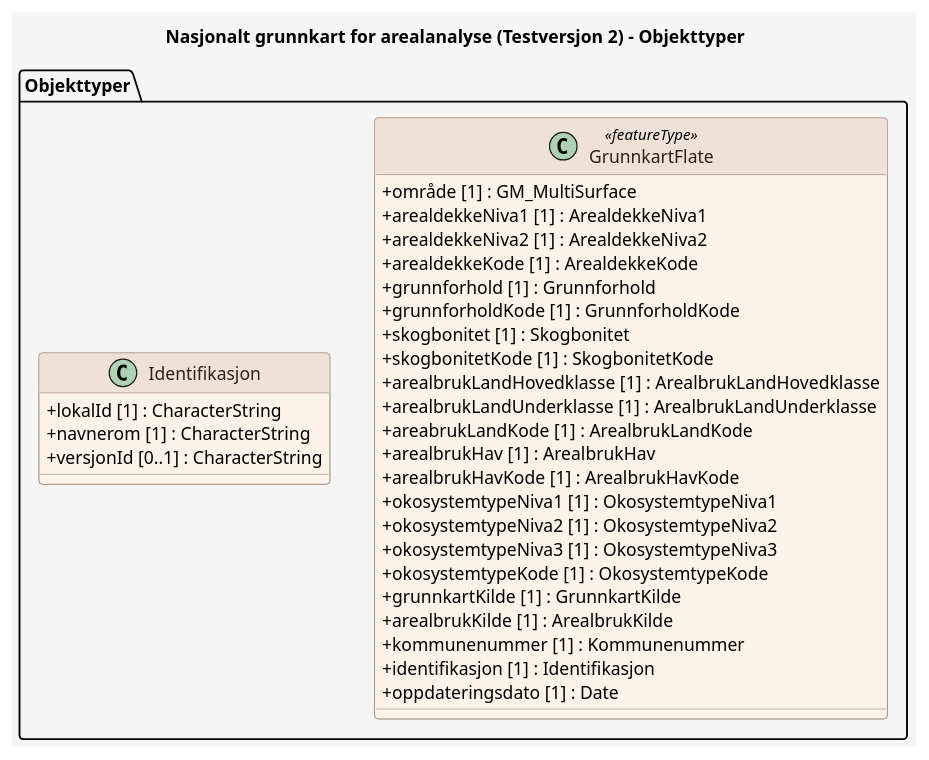
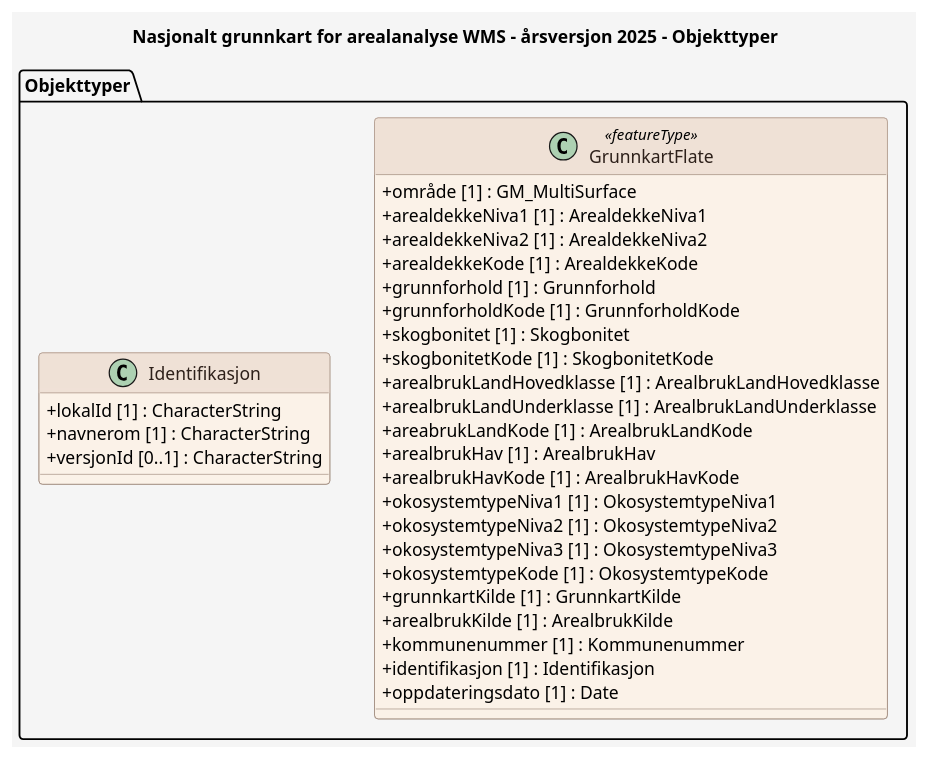
The diagram in produktspesifikasjon/arealanalyse/arealanalyse_xmi_feature_catalogue.puml (kartverket/produktspesifikasjon_Arealanalyse), drawn with PlantUML before and after one commit. The commit also changed 3 other files, not shown here.

```diff
--- a/produktspesifikasjon/arealanalyse/arealanalyse_xmi_feature_catalogue.puml
+++ b/produktspesifikasjon/arealanalyse/arealanalyse_xmi_feature_catalogue.puml
@@ -1,59 +1,59 @@
 @startuml
-title Nasjonalt grunnkart for arealanalyse (Testversjon 2) - Objekttyper
+title Nasjonalt grunnkart for arealanalyse WMS - årsversjon 2025 - Objekttyper
 
 skinparam backgroundColor #F5F5F5
 skinparam shadowing false
 skinparam RoundCorner 6
 skinparam ArrowColor #6C8198
 skinparam class {
   BackgroundColor #FBF2E8
   BorderColor #9C8578
   FontColor #2D201A
   HeaderBackgroundColor #EFE1D6
   HeaderFontColor #2D201A
   AttributeIconSize 0
 }
 skinparam note {
   BackgroundColor #FFFFFF
   BorderColor #6C8198
   FontColor #2D201A
 }
 skinparam stereotypeCBackgroundColor #EAD9CE
 skinparam stereotypeCBorderColor #9C8578
 skinparam stereotypeCFontColor #2D201A
 
 package "Objekttyper" {
 
   class GrunnkartFlate <<featureType>> {
     + område [1] : GM_MultiSurface
     + arealdekkeNiva1 [1] : ArealdekkeNiva1
     + arealdekkeNiva2 [1] : ArealdekkeNiva2
     + arealdekkeKode [1] : ArealdekkeKode
     + grunnforhold [1] : Grunnforhold
     + grunnforholdKode [1] : GrunnforholdKode
     + skogbonitet [1] : Skogbonitet
     + skogbonitetKode [1] : SkogbonitetKode
     + arealbrukLandHovedklasse [1] : ArealbrukLandHovedklasse
     + arealbrukLandUnderklasse [1] : ArealbrukLandUnderklasse
     + areabrukLandKode [1] : ArealbrukLandKode
     + arealbrukHav [1] : ArealbrukHav
     + arealbrukHavKode [1] : ArealbrukHavKode
     + okosystemtypeNiva1 [1] : OkosystemtypeNiva1
     + okosystemtypeNiva2 [1] : OkosystemtypeNiva2
     + okosystemtypeNiva3 [1] : OkosystemtypeNiva3
     + okosystemtypeKode [1] : OkosystemtypeKode
     + grunnkartKilde [1] : GrunnkartKilde
     + arealbrukKilde [1] : ArealbrukKilde
     + kommunenummer [1] : Kommunenummer
     + identifikasjon [1] : Identifikasjon
     + oppdateringsdato [1] : Date
   }
 
   class Identifikasjon {
     + lokalId [1] : CharacterString
     + navnerom [1] : CharacterString
     + versjonId [0..1] : CharacterString
   }
 }
 
 @enduml
```
